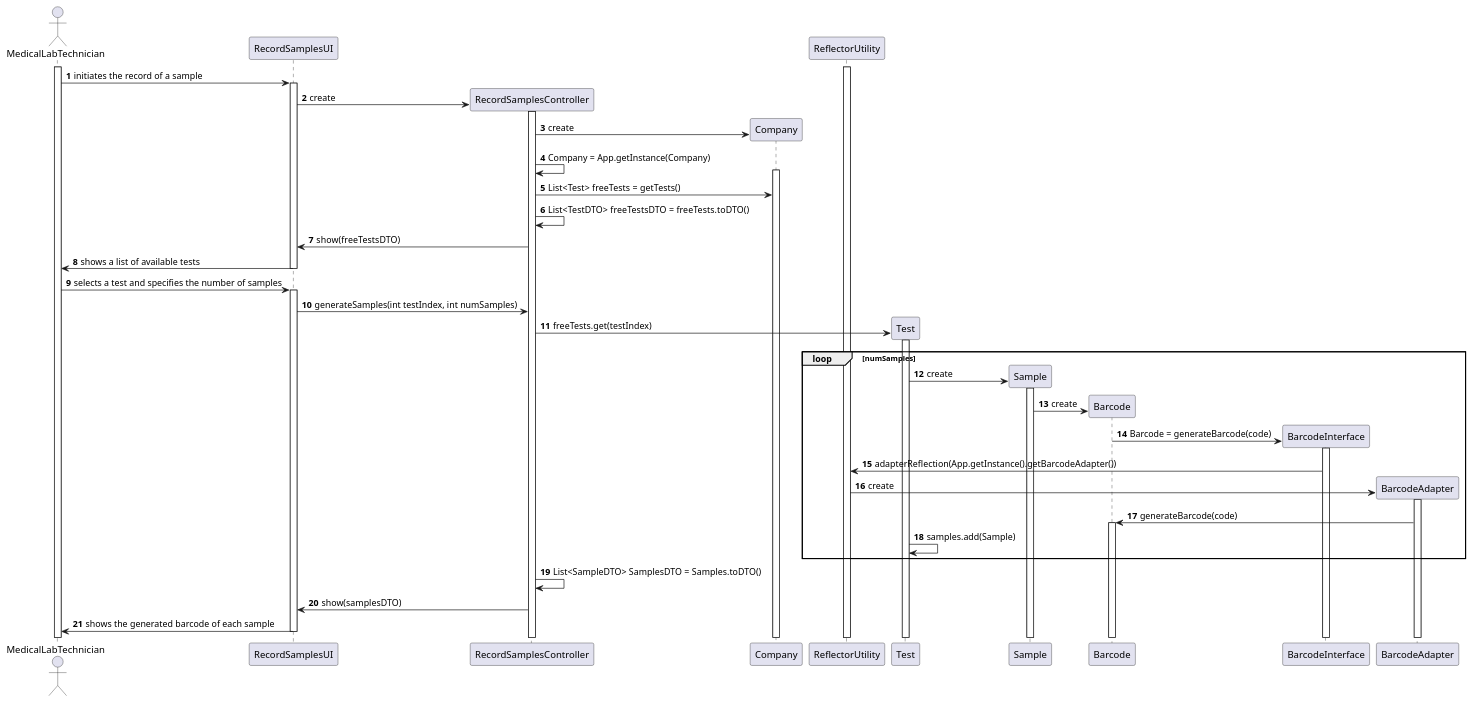
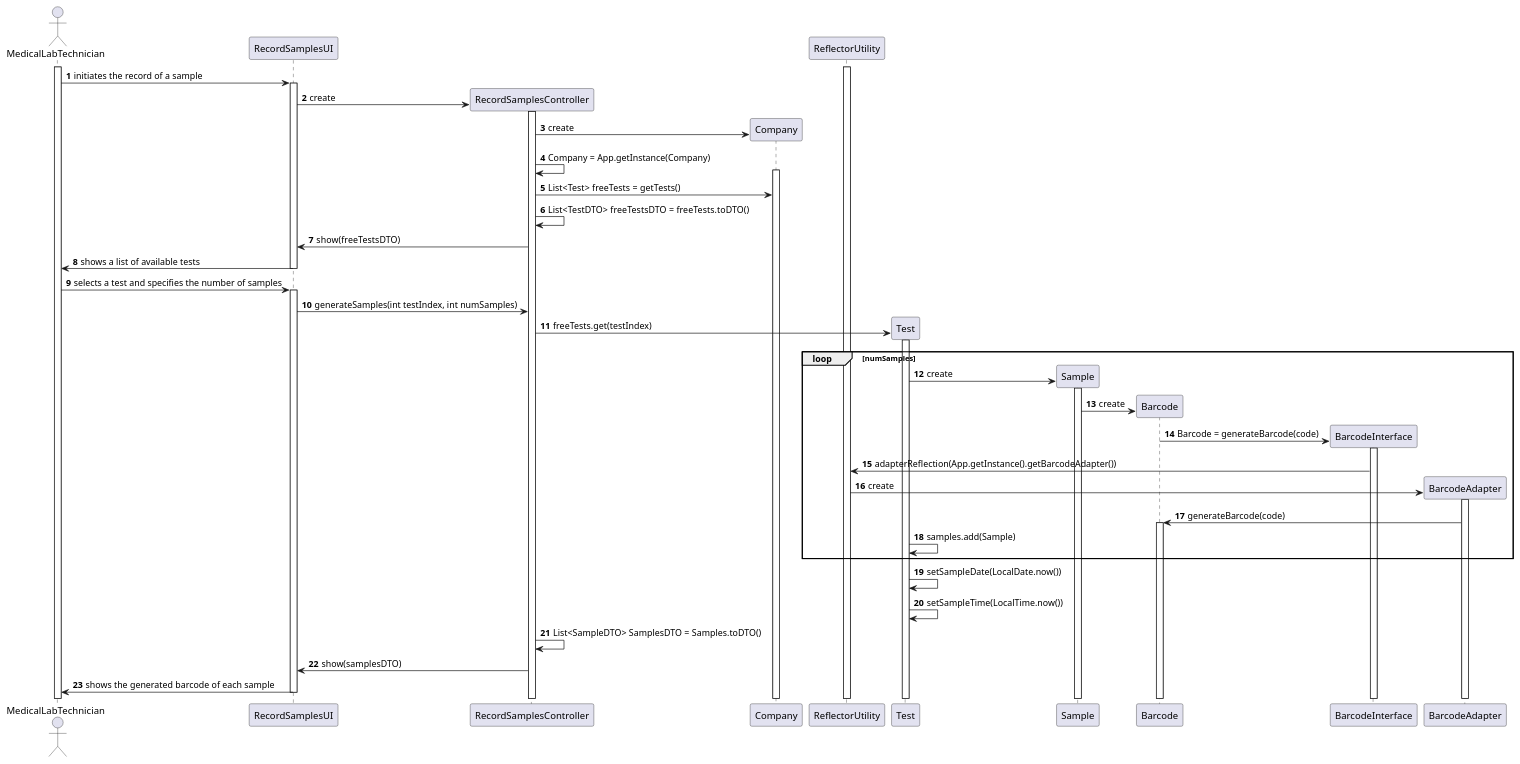
One commit to jsmarques98/LAPR2-ISEP changed the diagram in docs/SprintC/US5/US5-SD.puml. Above: the diagram before and after it, drawn with PlantUML. The commit also changed 5 other files, not shown here.

```diff
--- a/docs/SprintC/US5/US5-SD.puml
+++ b/docs/SprintC/US5/US5-SD.puml
@@ -1,59 +1,62 @@
 @startuml
 autonumber
 
 actor "MedicalLabTechnician" as MLT
 participant "RecordSamplesUI" as ui
 participant "RecordSamplesController" as controller
 participant "Company"
 participant "ReflectorUtility"
 
 activate MLT
 activate ReflectorUtility
 
 MLT -> ui : initiates the record of a sample
 activate ui
 ui -> controller ** : create
 activate controller
 
 controller -> Company ** : create
 controller -> controller : Company = App.getInstance(Company)
 activate Company
 
 controller -> Company : List<Test> freeTests = getTests()
 controller -> controller : List<TestDTO> freeTestsDTO = freeTests.toDTO()
 
 controller -> ui : show(freeTestsDTO)
 ui -> MLT : shows a list of available tests
 
 
 deactivate ui
 
 MLT ->ui : selects a test and specifies the number of samples
 activate ui
 
 ui -> controller : generateSamples(int testIndex, int numSamples)
 controller -> Test ** : freeTests.get(testIndex)
 activate Test
 
 
 loop numSamples
 Test -> Sample ** : create
 activate Sample
 Sample -> Barcode ** : create
 Barcode -> BarcodeInterface ** : Barcode = generateBarcode(code)
 activate BarcodeInterface
 BarcodeInterface -> ReflectorUtility : adapterReflection(App.getInstance().getBarcodeAdapter())
 ReflectorUtility -> BarcodeAdapter ** : create
 activate BarcodeAdapter
 BarcodeAdapter -> Barcode : generateBarcode(code)
 activate Barcode
 Test -> Test : samples.add(Sample)
 end
+Test -> Test : setSampleDate(LocalDate.now())
+Test -> Test : setSampleTime(LocalTime.now())
+
 controller -> controller : List<SampleDTO> SamplesDTO = Samples.toDTO()
 
 controller -> ui : show(samplesDTO)
 
 ui -> MLT : shows the generated barcode of each sample
 deactivate ui
 
 @enduml
```
